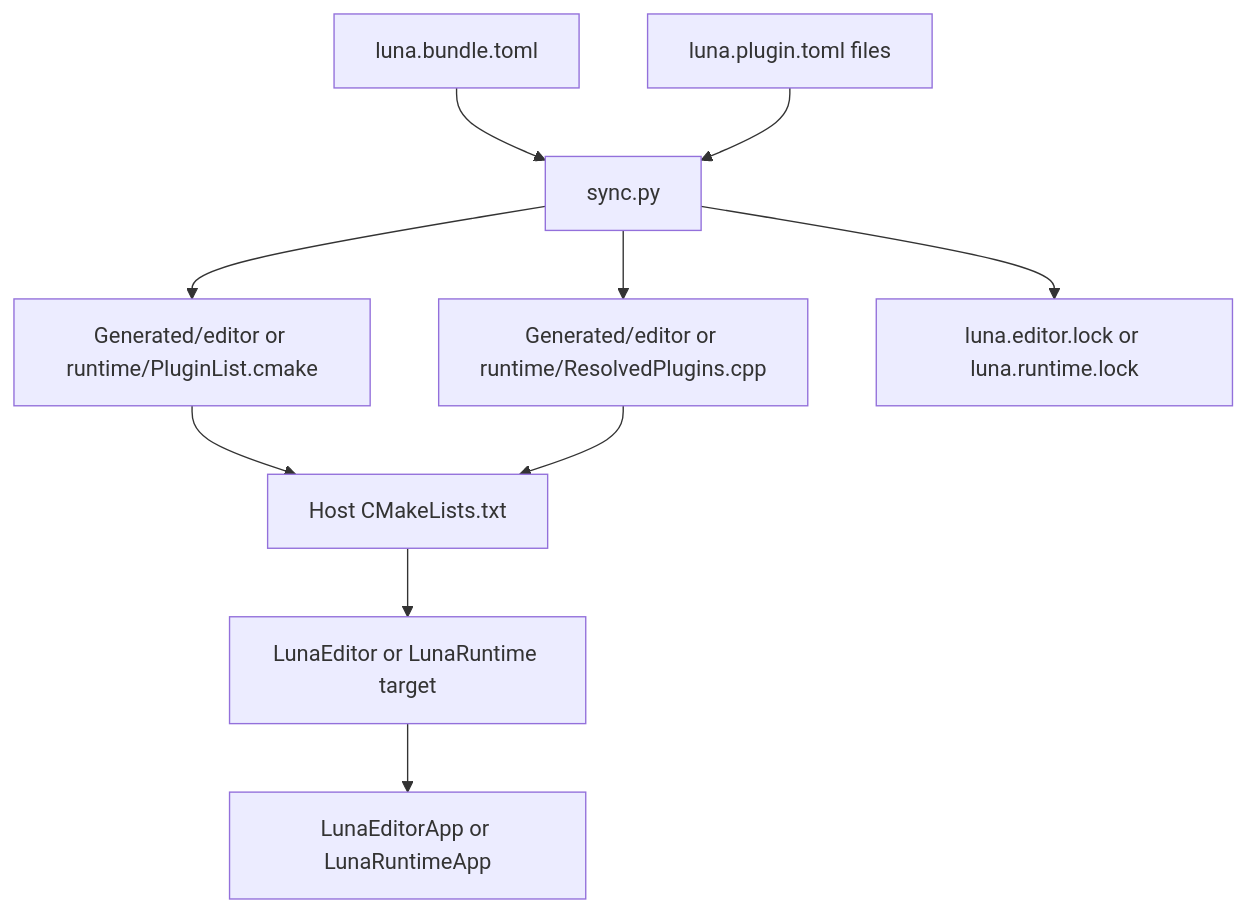
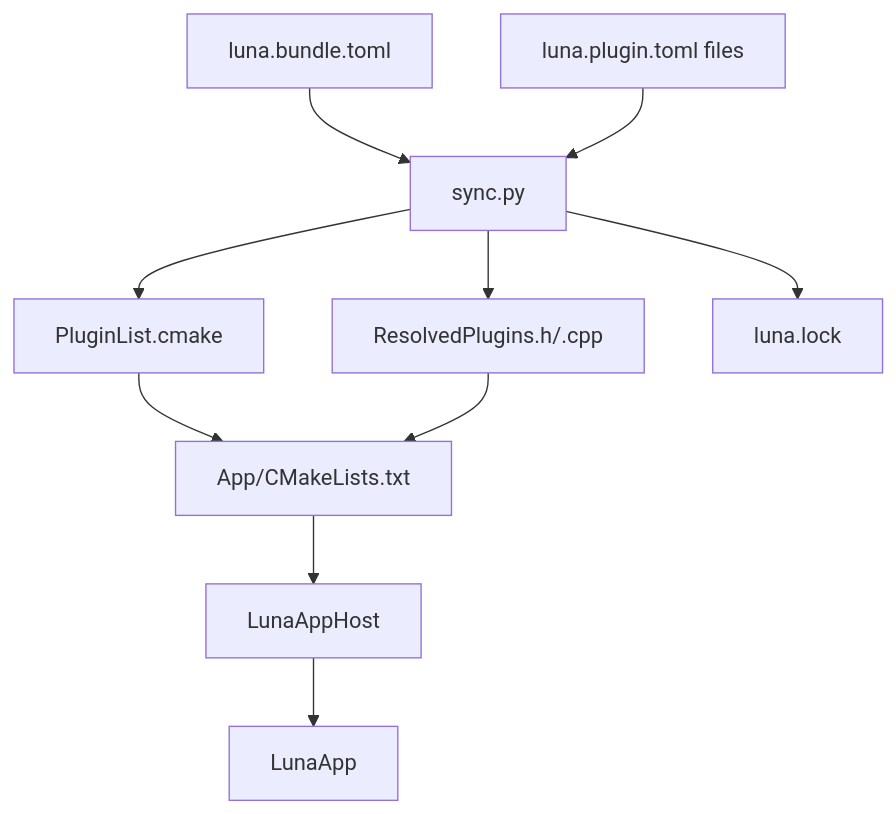
Before and after one commit to Yang-Junjie/Luna: the first of 3 diagrams in docs/plugins/plugin-system-manual.md, drawn with Mermaid. The commit also changed other lines of this file and 49 other files, not shown here.

````diff
--- a/docs/plugins/plugin-system-manual.md
+++ b/docs/plugins/plugin-system-manual.md
@@ -230,12 +110,12 @@
 ```mermaid
 flowchart TD
-    A[luna.bundle.toml] --> B[sync.py]
-    C[luna.plugin.toml files] --> B
-    B --> D[Generated/editor or runtime/PluginList.cmake]
-    B --> E[Generated/editor or runtime/ResolvedPlugins.cpp]
-    B --> F[luna.editor.lock or luna.runtime.lock]
-    D --> G[Host CMakeLists.txt]
-    E --> G
-    G --> H[LunaEditor or LunaRuntime target]
-    H --> I[LunaEditorApp or LunaRuntimeApp]
+    Bundle[luna.bundle.toml] --> Sync[sync.py]
+    PluginManifest[luna.plugin.toml files] --> Sync
+    Sync --> PluginList[PluginList.cmake]
+    Sync --> Resolved[ResolvedPlugins.h/.cpp]
+    Sync --> Lock[luna.lock]
+    PluginList --> AppCMake[App/CMakeLists.txt]
+    Resolved --> AppCMake
+    AppCMake --> Host[LunaAppHost]
+    Host --> Exe[LunaApp]
 ```
````
